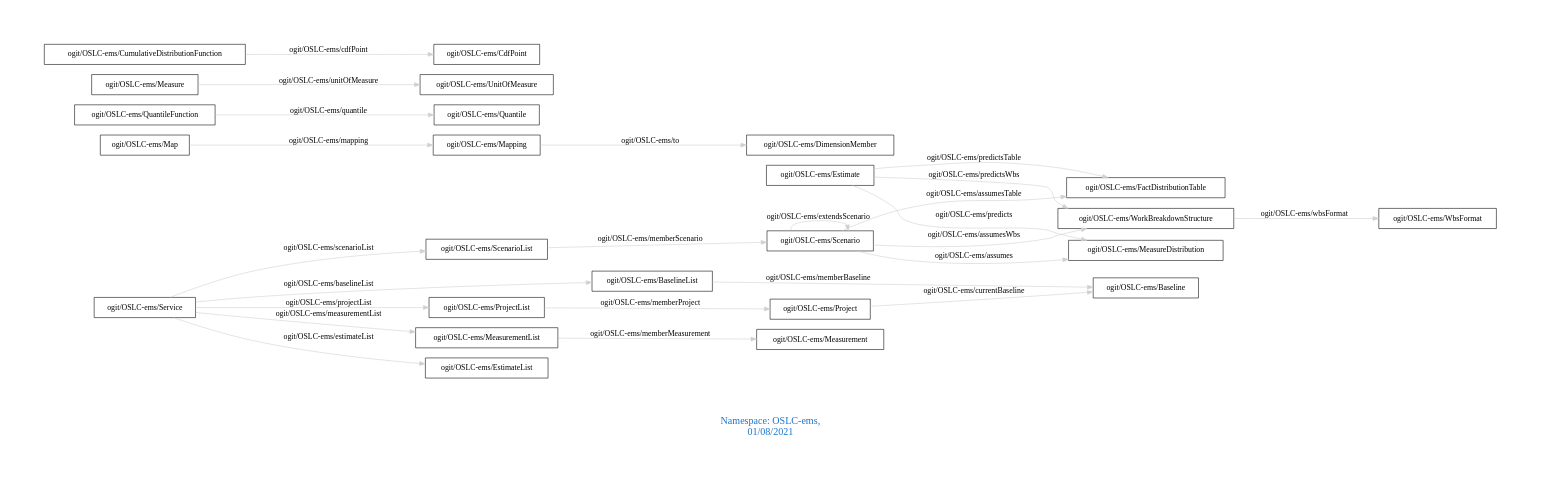
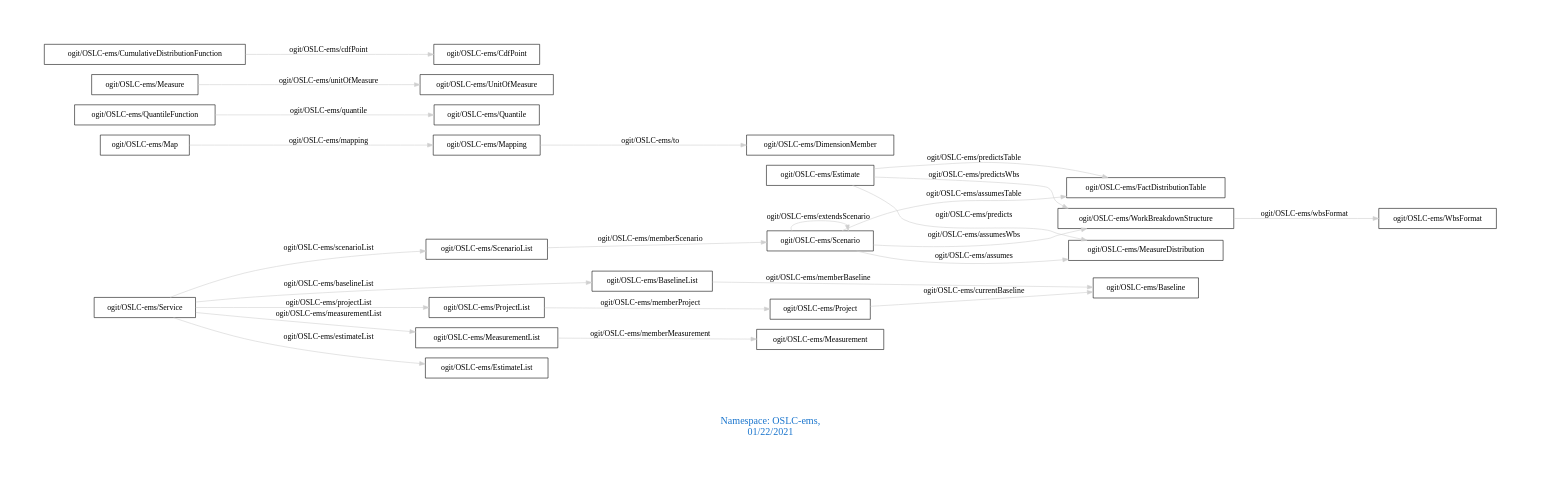
The diagram in downloads/OSLC-ems.dot (arago/OGIT), drawn with Graphviz before and after one commit. The commit also changed 1847 other files, not shown here.

```diff
--- a/downloads/OSLC-ems.dot
+++ b/downloads/OSLC-ems.dot
@@ -1,31 +1,31 @@
 digraph OGIT_ontology {
  graph [ rankdir= LR,pad=1 
 fontsize = 18,
-fontcolor= dodgerblue3,label = "\n\n\nNamespace: OSLC-ems, \n 01/08/2021"];
+fontcolor= dodgerblue3,label = "\n\n\nNamespace: OSLC-ems, \n 01/22/2021"];
 node[shape=polygon];
 edge [  color="gray81"];
 
    "ogit/OSLC-ems/Estimate" -> "ogit/OSLC-ems/MeasureDistribution" [label="   ogit/OSLC-ems/predicts    "];
    "ogit/OSLC-ems/Mapping" -> "ogit/OSLC-ems/DimensionMember" [label="   ogit/OSLC-ems/to    "];
    "ogit/OSLC-ems/Service" -> "ogit/OSLC-ems/ProjectList" [label="   ogit/OSLC-ems/projectList    "];
    "ogit/OSLC-ems/QuantileFunction" -> "ogit/OSLC-ems/Quantile" [label="   ogit/OSLC-ems/quantile    "];
    "ogit/OSLC-ems/Service" -> "ogit/OSLC-ems/ScenarioList" [label="   ogit/OSLC-ems/scenarioList    "];
    "ogit/OSLC-ems/Measure" -> "ogit/OSLC-ems/UnitOfMeasure" [label="   ogit/OSLC-ems/unitOfMeasure    "];
    "ogit/OSLC-ems/ScenarioList" -> "ogit/OSLC-ems/Scenario" [label="   ogit/OSLC-ems/memberScenario    "];
    "ogit/OSLC-ems/Estimate" -> "ogit/OSLC-ems/FactDistributionTable" [label="   ogit/OSLC-ems/predictsTable    "];
    "ogit/OSLC-ems/BaselineList" -> "ogit/OSLC-ems/Baseline" [label="   ogit/OSLC-ems/memberBaseline    "];
    "ogit/OSLC-ems/Scenario" -> "ogit/OSLC-ems/WorkBreakdownStructure" [label="   ogit/OSLC-ems/assumesWbs    "];
    "ogit/OSLC-ems/CumulativeDistributionFunction" -> "ogit/OSLC-ems/CdfPoint" [label="   ogit/OSLC-ems/cdfPoint    "];
    "ogit/OSLC-ems/Project" -> "ogit/OSLC-ems/Baseline" [label="   ogit/OSLC-ems/currentBaseline    "];
    "ogit/OSLC-ems/ProjectList" -> "ogit/OSLC-ems/Project" [label="   ogit/OSLC-ems/memberProject    "];
    "ogit/OSLC-ems/Service" -> "ogit/OSLC-ems/BaselineList" [label="   ogit/OSLC-ems/baselineList    "];
    "ogit/OSLC-ems/Estimate" -> "ogit/OSLC-ems/WorkBreakdownStructure" [label="   ogit/OSLC-ems/predictsWbs    "];
    "ogit/OSLC-ems/Map" -> "ogit/OSLC-ems/Mapping" [label="   ogit/OSLC-ems/mapping    "];
    "ogit/OSLC-ems/MeasurementList" -> "ogit/OSLC-ems/Measurement" [label="   ogit/OSLC-ems/memberMeasurement    "];
    "ogit/OSLC-ems/Service" -> "ogit/OSLC-ems/MeasurementList" [label="   ogit/OSLC-ems/measurementList    "];
    "ogit/OSLC-ems/WorkBreakdownStructure" -> "ogit/OSLC-ems/WbsFormat" [label="   ogit/OSLC-ems/wbsFormat    "];
    "ogit/OSLC-ems/Service" -> "ogit/OSLC-ems/EstimateList" [label="   ogit/OSLC-ems/estimateList    "];
    "ogit/OSLC-ems/Scenario" -> "ogit/OSLC-ems/MeasureDistribution" [label="   ogit/OSLC-ems/assumes    "];
    "ogit/OSLC-ems/Scenario" -> "ogit/OSLC-ems/FactDistributionTable" [label="   ogit/OSLC-ems/assumesTable    "];
    "ogit/OSLC-ems/Scenario" -> "ogit/OSLC-ems/Scenario" [label="   ogit/OSLC-ems/extendsScenario    "];
 }
```
